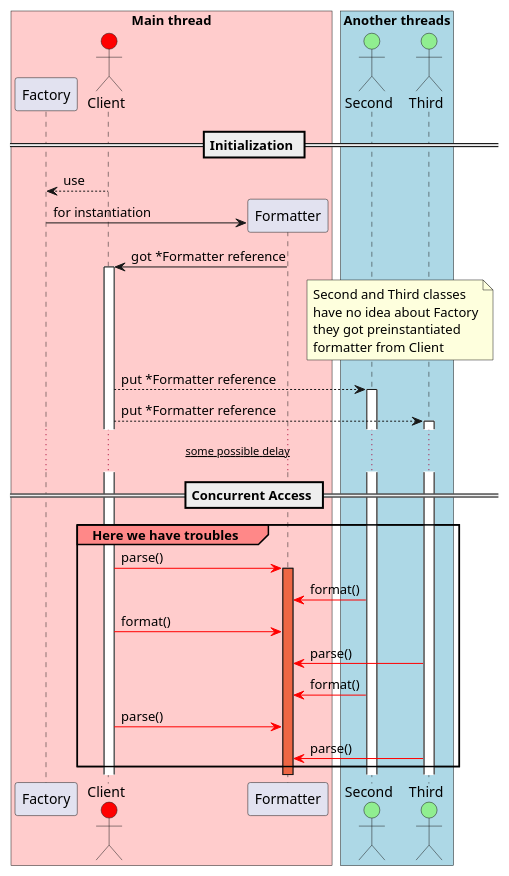
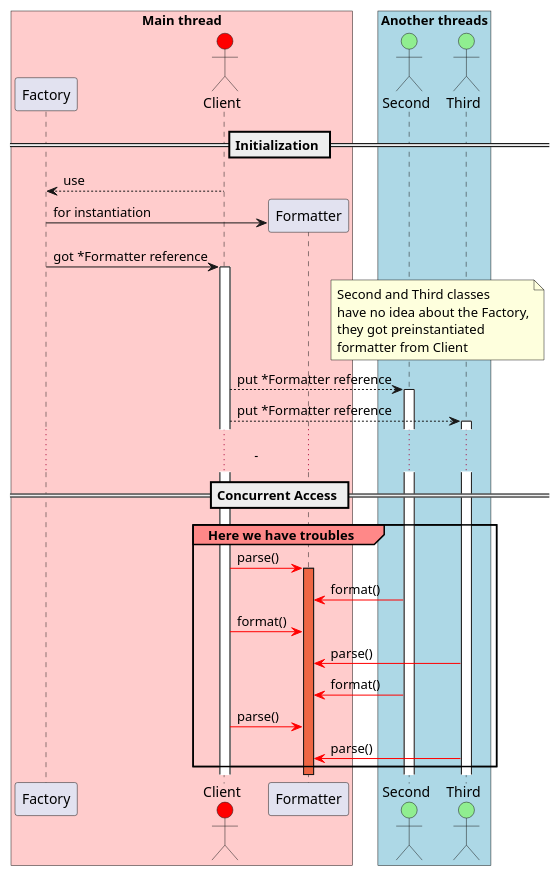
One commit to i-home/hanky changed the diagram in Throuble.puml. Above: the diagram before and after it, drawn with PlantUML. The commit also changed 1 other file, not shown here.

Commit message:
diagram update

```diff
--- a/Throuble.puml
+++ b/Throuble.puml
@@ -1,41 +1,41 @@
 @startuml
 skinparam sequence {
 	GroupBackgroundColor #ff8888
 }
 == Initialization ==
 box "Main thread" #ffcccc
 participant Factory
 actor Client #red
 Client-->Factory:use
 create Formatter
 Factory->Formatter:for instantiation
-Formatter->Client:got *Formatter reference
+Factory->Client:got *Formatter reference
 end box
 activate Client
 box "Another threads" #lightblue
 actor Second #lightgreen
 actor Third #lightgreen
 end box
 note over Second, Third
  Second and Third classes
- have no idea about Factory
+ have no idea about the Factory,
  they got preinstantiated 
  formatter from Client
 endnote
 Second<--Client:put *Formatter reference
 activate Second
 Third<--Client:put *Formatter reference
 activate Third
-... ~~some possible delay~~ ...
+... ~~ ~~ ...
 == Concurrent Access ==
 group Here we have troubles
 Client -[#red]> Formatter:parse()
 activate Formatter #ee6644
 Second -[#red]> Formatter:format()
 Client -[#red]> Formatter:format()
 Third -[#red]> Formatter:parse()
 Second -[#red]> Formatter:format()
 Client -[#red]> Formatter:parse()
 Third -[#red]> Formatter:parse()
 end
 @enduml
```
